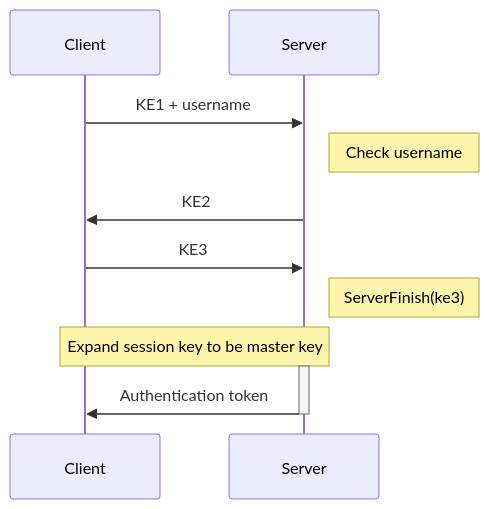
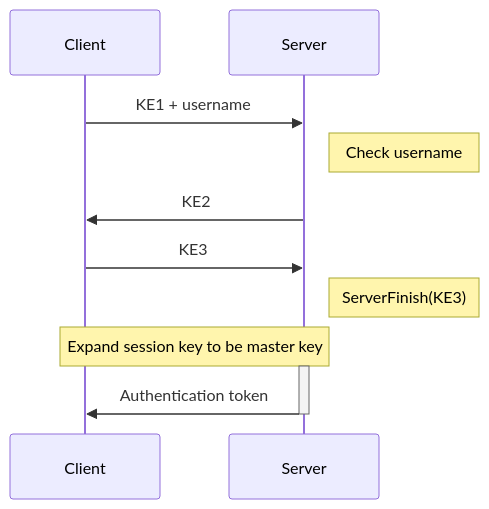
Before and after one commit to PhotonicGluon/Excalibur: the diagram in website/docs/server-api/authentication/login.mdx, drawn with Mermaid. The commit also changed other lines of this file, not shown here.

````diff
--- a/website/docs/server-api/authentication/login.mdx
+++ b/website/docs/server-api/authentication/login.mdx
@@ -11,14 +11,14 @@
 ```mermaid
 sequenceDiagram
     participant C as Client
     participant S as Server
 
     C->>S: KE1 + username
     Note right of S: Check username
     S->>C: KE2
     C->>S: KE3
-    Note right of S: ServerFinish(ke3)
+    Note right of S: ServerFinish(KE3)
     Note over C,S: Expand session key to be master key
     activate S
     S->>-C: Authentication token
 ```
````
